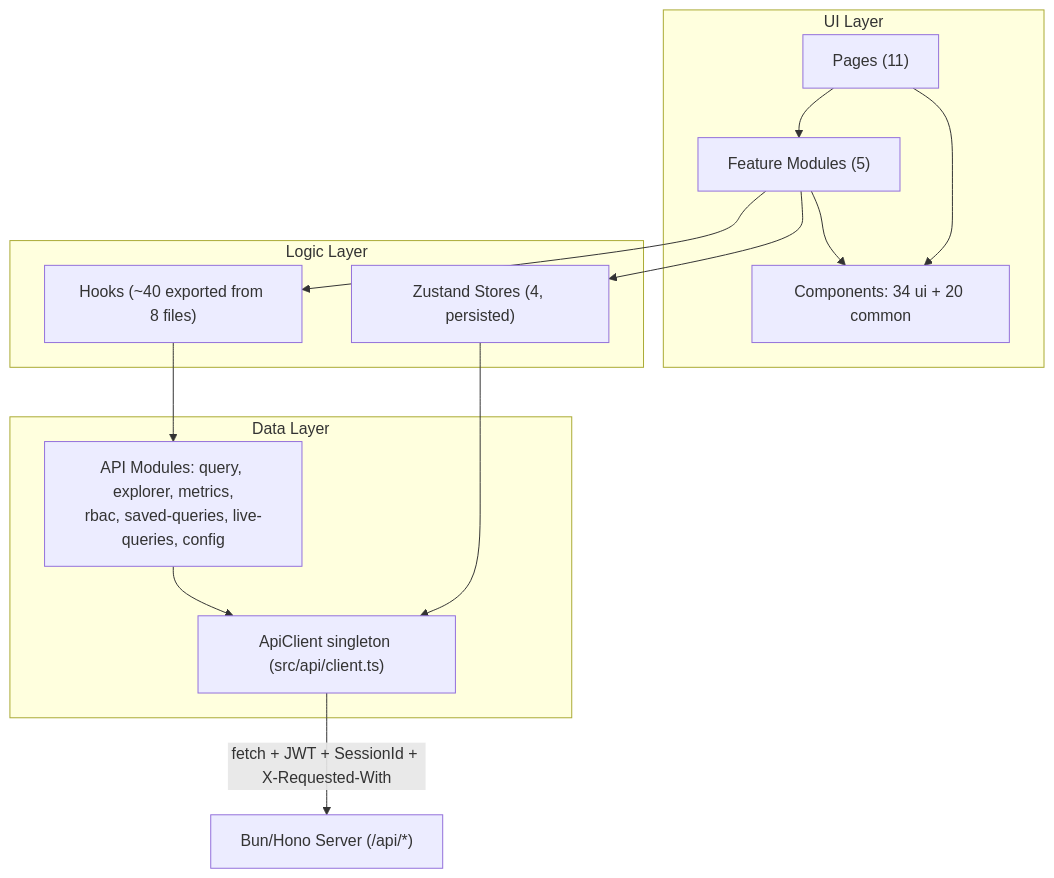
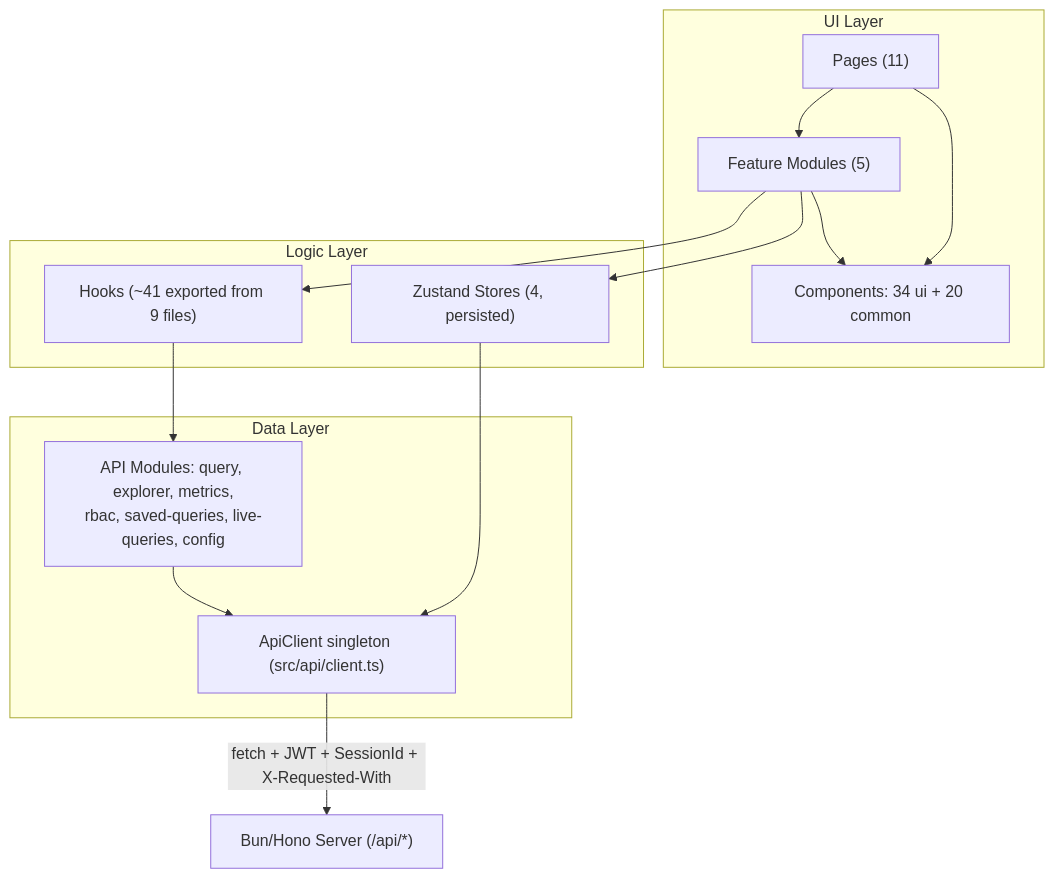
One commit to daun-gatal/chouse-ui changed the second of 7 diagrams in ARCHITECTURE.md. Above: the diagram before and after it, drawn with Mermaid. The commit also changed other lines of this file and 24 other files, not shown here.

Commit message:
Release v2.12.3: per-device preferences, AI chart export, new AI Chat tools and UX

````diff
--- a/ARCHITECTURE.md
+++ b/ARCHITECTURE.md
@@ -52,28 +52,28 @@
 ```mermaid
 graph TD
     subgraph UI["UI Layer"]
         Pages["Pages (11)"]
         Features["Feature Modules (5)"]
         Components["Components: 34 ui + 20 common"]
     end
 
     subgraph Logic["Logic Layer"]
-        Hooks["Hooks (~40 exported from 8 files)"]
+        Hooks["Hooks (~41 exported from 9 files)"]
         Stores["Zustand Stores (4, persisted)"]
     end
 
     subgraph Data["Data Layer"]
         ApiModules["API Modules: query, explorer, metrics,<br/>rbac, saved-queries, live-queries, config"]
         ApiClient["ApiClient singleton (src/api/client.ts)"]
     end
 
     Pages --> Features
     Pages --> Components
     Features --> Components
     Features --> Hooks
     Features --> Stores
     Hooks --> ApiModules
     Stores --> ApiClient
     ApiModules --> ApiClient
     ApiClient -->|"fetch + JWT + SessionId + X-Requested-With"| Server["Bun/Hono Server (/api/*)"]
 ```
````
